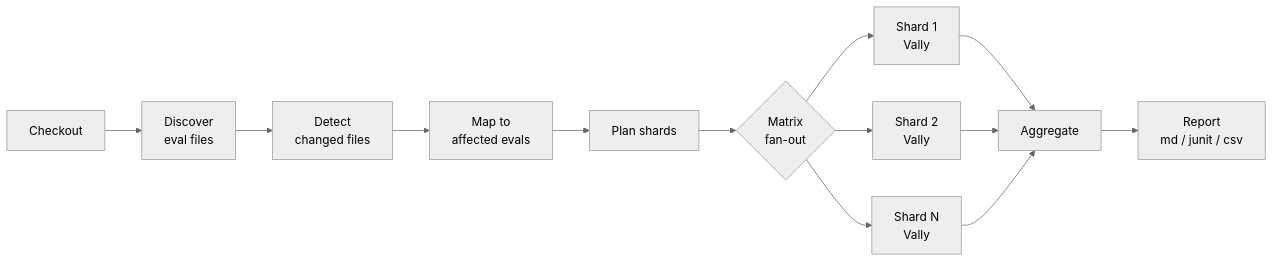
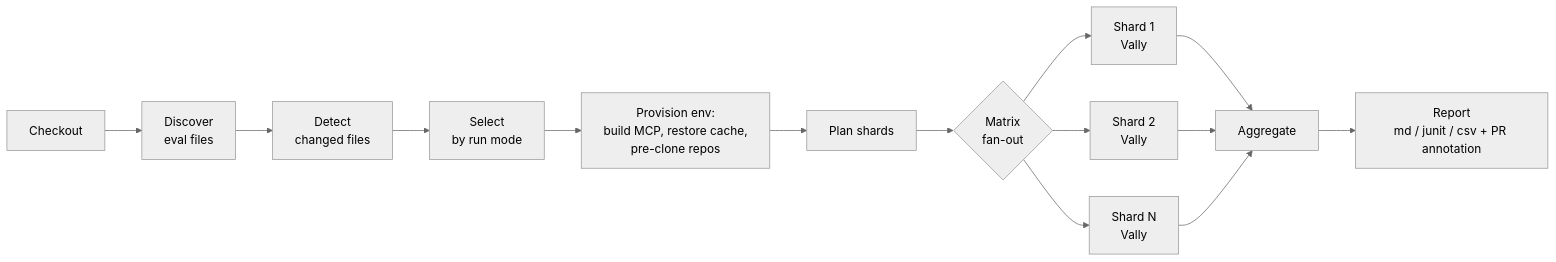
One commit to Azure/azure-sdk-tools changed the third of 5 diagrams in tools/azsdk-cli/docs/specs/8-operations-agent-eval-strategy.spec.md. Above: the diagram before and after it, drawn with Mermaid (neutral theme). The commit also changed other lines of this file, not shown here.

````diff
--- a/tools/azsdk-cli/docs/specs/8-operations-agent-eval-strategy.spec.md
+++ b/tools/azsdk-cli/docs/specs/8-operations-agent-eval-strategy.spec.md
@@ -374,15 +386,16 @@
 ```mermaid
 flowchart LR
     CO[Checkout] --> DI[Discover<br/>eval files]
     DI --> CD[Detect<br/>changed files]
-    CD --> MAP[Map to<br/>affected evals]
-    MAP --> SP[Plan shards]
+    CD --> SEL[Select<br/>by run mode]
+    SEL --> ENV[Provision env:<br/>build MCP, restore cache,<br/>pre-clone repos]
+    ENV --> SP[Plan shards]
     SP --> MX{Matrix<br/>fan-out}
     MX --> S1[Shard 1<br/>Vally]
     MX --> S2[Shard 2<br/>Vally]
     MX --> S3[Shard N<br/>Vally]
     S1 --> AG[Aggregate]
     S2 --> AG
     S3 --> AG
-    AG --> RP[Report<br/>md / junit / csv]
+    AG --> RP[Report<br/>md / junit / csv + PR annotation]
 ```
````
